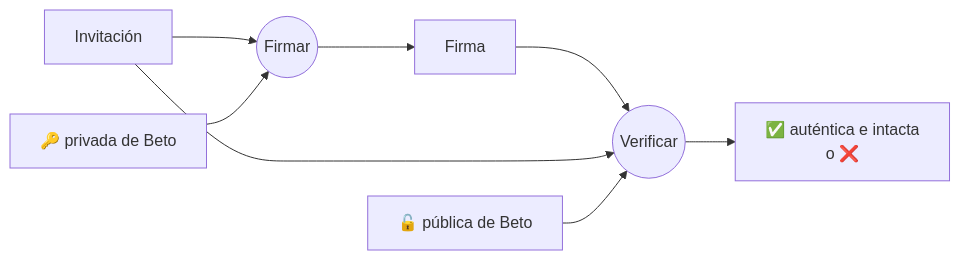
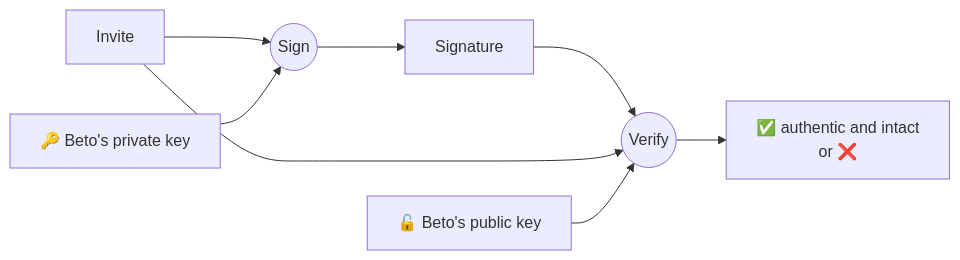
One commit to fsoftt/Murmur changed the first of 2 diagrams in website/concepts/keys-and-signatures.md. Above: the diagram before and after it, drawn with Mermaid. The commit also changed other lines of this file and 51 other files, not shown here.

````diff
--- a/website/concepts/keys-and-signatures.md
+++ b/website/concepts/keys-and-signatures.md
@@ -19,10 +19,10 @@
 ```mermaid
 flowchart LR
-    M[Invitación] --> S((Firmar))
-    PRIV[🔑 privada de Beto] --> S
-    S --> F[Firma]
-    F --> V((Verificar))
+    M[Invite] --> S((Sign))
+    PRIV[🔑 Beto's private key] --> S
+    S --> F[Signature]
+    F --> V((Verify))
     M --> V
-    PUB[🔓 pública de Beto] --> V
-    V --> OK[✅ auténtica e intacta<br/>o ❌]
+    PUB[🔓 Beto's public key] --> V
+    V --> OK[✅ authentic and intact<br/>or ❌]
 ```
````
